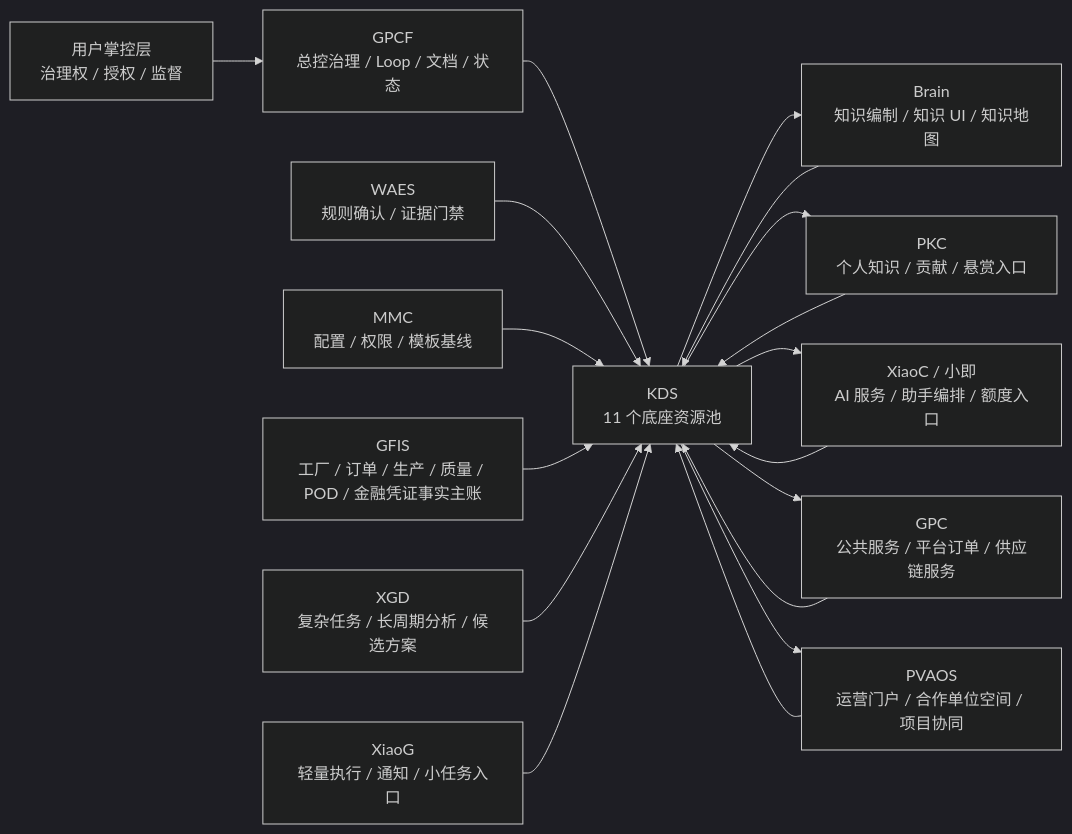
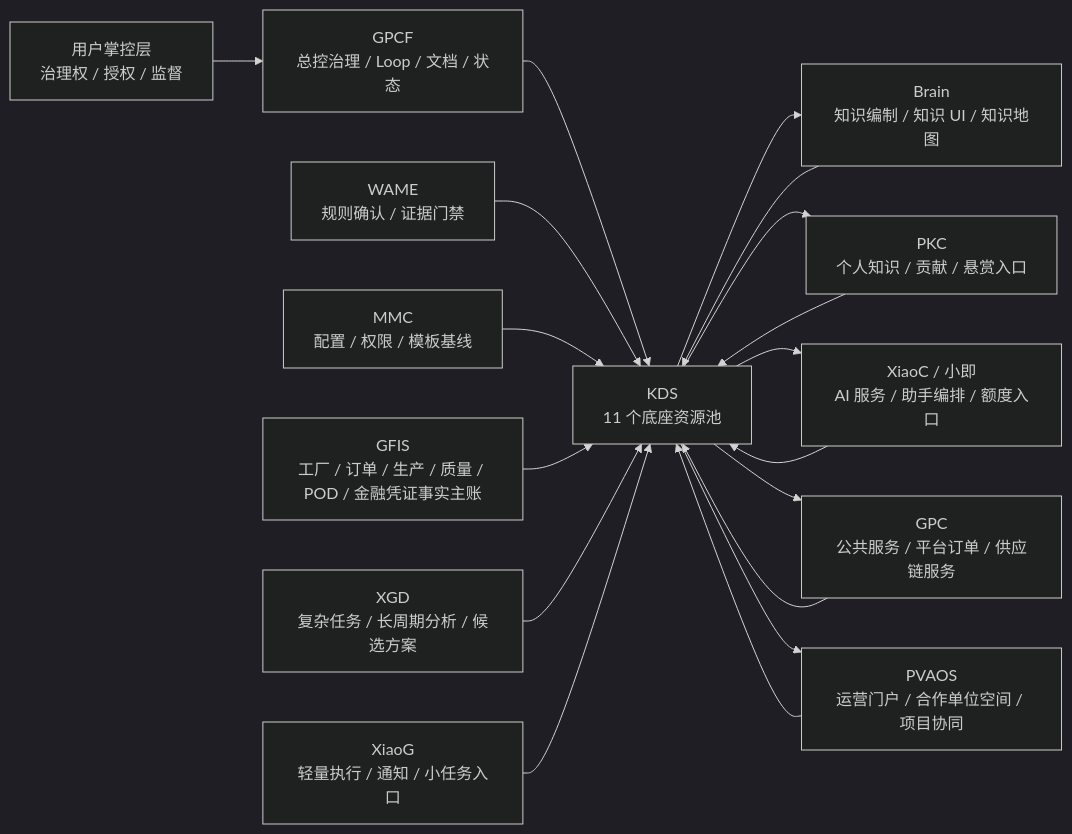
The diagram in 03-data-ai-knowledge/GlobalCloud项目群与分布式KDS关系总图.md (Jiumilu/GCGPCF), drawn with Mermaid (dark theme) before and after one commit. The commit also changed other lines of this file and 968 other files, not shown here.

First line of the commit message:
docs(naming): WAES→WAME 命名与文档层全局同步（Markdown）

````diff
--- a/03-data-ai-knowledge/GlobalCloud项目群与分布式KDS关系总图.md
+++ b/03-data-ai-knowledge/GlobalCloud项目群与分布式KDS关系总图.md
@@ -37,21 +37,21 @@
 ```mermaid
 flowchart LR
   User["用户掌控层<br/>治理权 / 授权 / 监督"] --> GPCF["GPCF<br/>总控治理 / Loop / 文档 / 状态"]
   GPCF --> KDS["KDS<br/>11 个底座资源池"]
-  WAES["WAES<br/>规则确认 / 证据门禁"] --> KDS
+  WAME["WAME<br/>规则确认 / 证据门禁"] --> KDS
   MMC["MMC<br/>配置 / 权限 / 模板基线"] --> KDS
   GFIS["GFIS<br/>工厂 / 订单 / 生产 / 质量 / POD / 金融凭证事实主账"] --> KDS
   GPC["GPC<br/>公共服务 / 平台订单 / 供应链服务"] --> KDS
   PVAOS["PVAOS<br/>运营门户 / 合作单位空间 / 项目协同"] --> KDS
   Brain["Brain<br/>知识编制 / 知识 UI / 知识地图"] --> KDS
   PKC["PKC<br/>个人知识 / 贡献 / 悬赏入口"] --> KDS
   XiaoC["XiaoC / 小即<br/>AI 服务 / 助手编排 / 额度入口"] --> KDS
   XGD["XGD<br/>复杂任务 / 长周期分析 / 候选方案"] --> KDS
   XiaoG["XiaoG<br/>轻量执行 / 通知 / 小任务入口"] --> KDS
 
   KDS --> Brain
   KDS --> PKC
   KDS --> XiaoC
   KDS --> GPC
   KDS --> PVAOS
 ```
````
